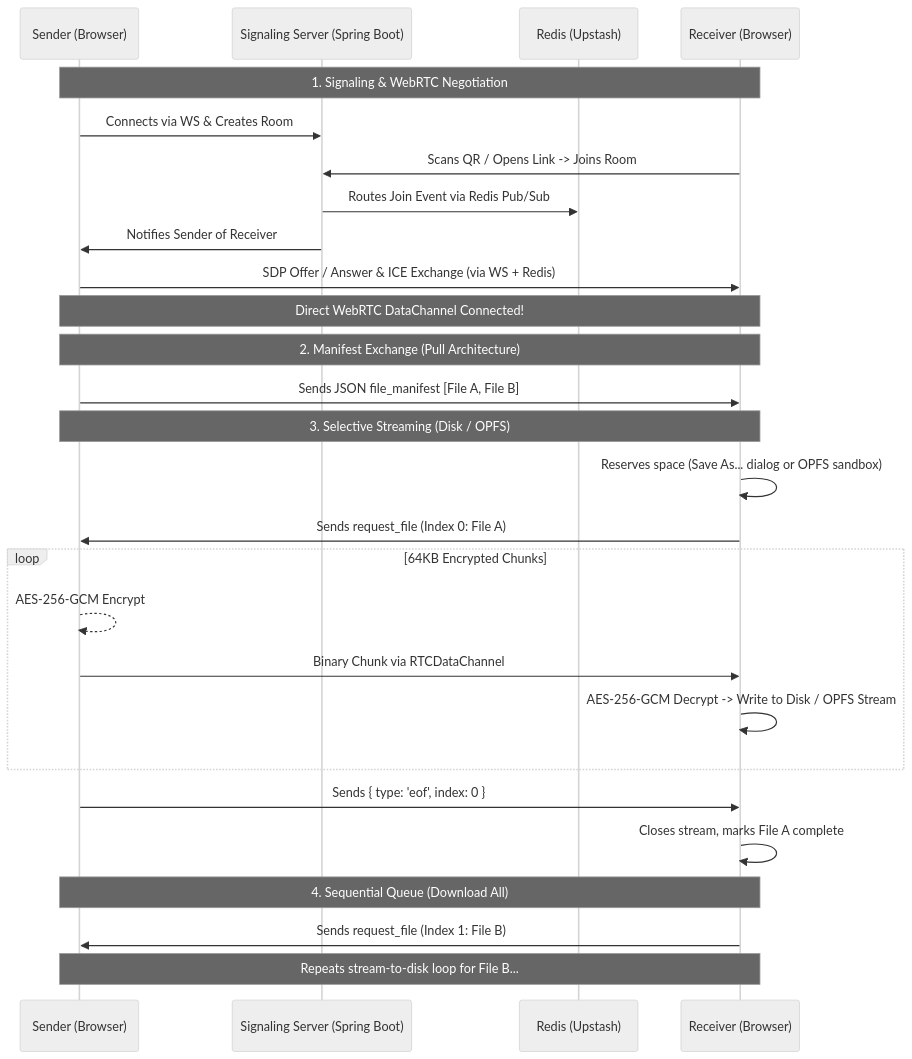
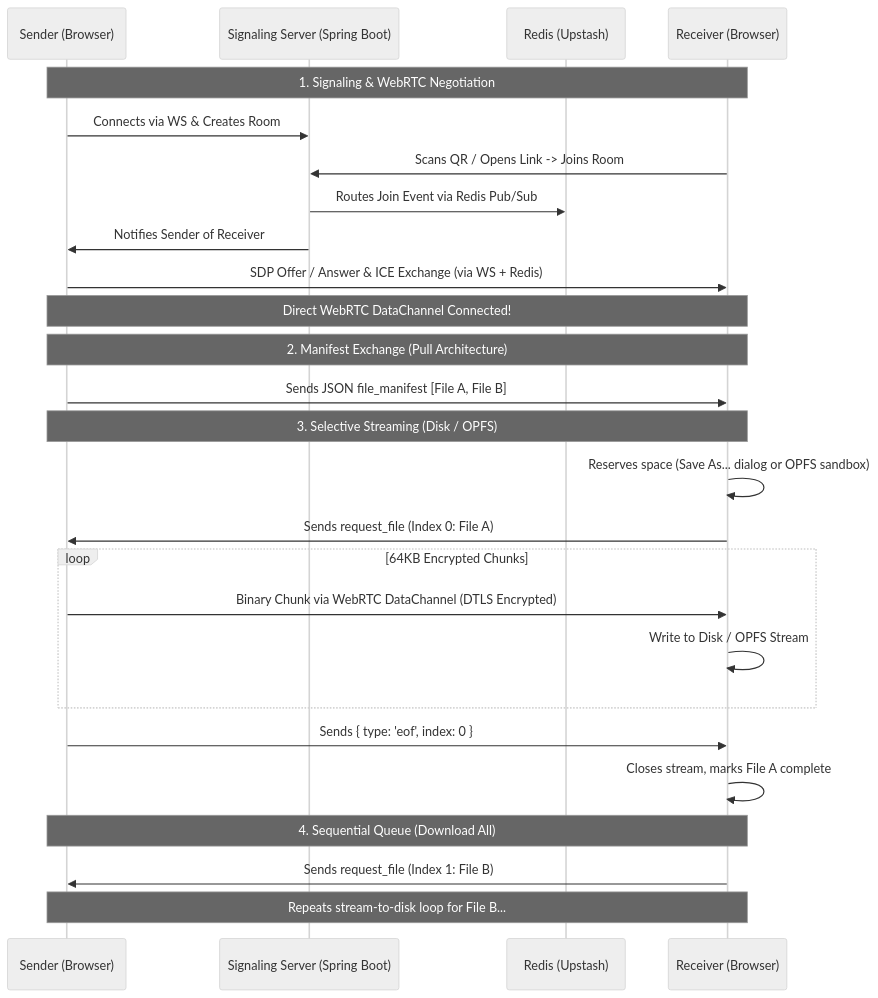
One commit to Utkarsh-Awasthi08/PeerLink changed the diagram in README.md. Above: the diagram before and after it, drawn with Mermaid (neutral theme). The commit also changed other lines of this file, not shown here.

Commit message:
docs: update README with DTLS E2EE details and server capacity statistics

````diff
--- a/README.md
+++ b/README.md
@@ -60,33 +60,32 @@
 ```mermaid
 sequenceDiagram
     participant S as Sender (Browser)
     participant B as Signaling Server (Spring Boot)
     participant R as Redis (Upstash)
     participant C as Receiver (Browser)
 
     Note over S,C: 1. Signaling & WebRTC Negotiation
     S->>B: Connects via WS & Creates Room
     C->>B: Scans QR / Opens Link -> Joins Room
     B->>R: Routes Join Event via Redis Pub/Sub
     B->>S: Notifies Sender of Receiver
     S->>C: SDP Offer / Answer & ICE Exchange (via WS + Redis)
     Note over S,C: Direct WebRTC DataChannel Connected!
 
     Note over S,C: 2. Manifest Exchange (Pull Architecture)
     S->>C: Sends JSON file_manifest [File A, File B]
     
     Note over S,C: 3. Selective Streaming (Disk / OPFS)
     C->>C: Reserves space (Save As... dialog or OPFS sandbox)
     C->>S: Sends request_file (Index 0: File A)
     loop 64KB Encrypted Chunks
-        S-->>S: AES-256-GCM Encrypt
-        S->>C: Binary Chunk via RTCDataChannel
-        C->>C: AES-256-GCM Decrypt -> Write to Disk / OPFS Stream
+        S->>C: Binary Chunk via WebRTC DataChannel (DTLS Encrypted)
+        C->>C: Write to Disk / OPFS Stream
     end
     S->>C: Sends { type: 'eof', index: 0 }
     C->>C: Closes stream, marks File A complete
 
     Note over S,C: 4. Sequential Queue (Download All)
     C->>S: Sends request_file (Index 1: File B)
     Note over S,C: Repeats stream-to-disk loop for File B...
 ```
````
